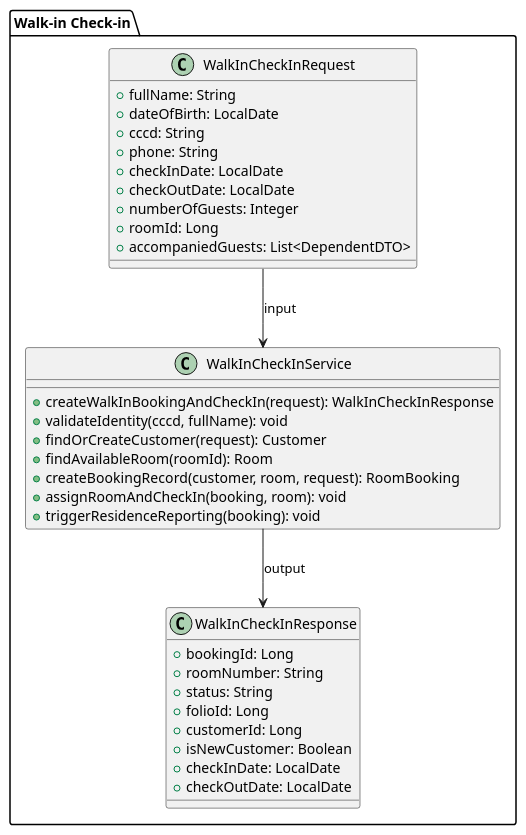
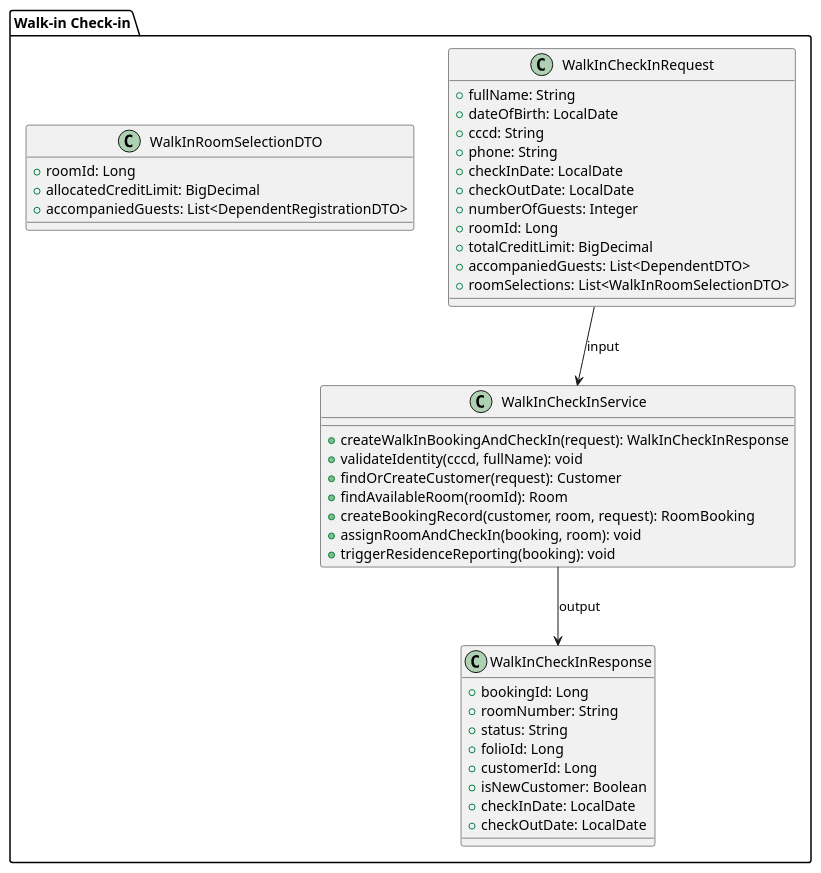
One commit to Luuxinhxinh/hoanien-resort changed the first of 6 diagrams in 06-Testing/mod2_booking/uc14/EDS_UC14_SPEC.md. Above: the diagram before and after it, drawn with PlantUML. The commit also changed other lines of this file and 30 other files, not shown here.

````diff
--- a/06-Testing/mod2_booking/uc14/EDS_UC14_SPEC.md
+++ b/06-Testing/mod2_booking/uc14/EDS_UC14_SPEC.md
@@ -237,41 +237,49 @@
 ```plantuml
 @startuml UC14-Walk-in
 package "Walk-in Check-in" {
     class WalkInCheckInRequest {
       +fullName: String
       +dateOfBirth: LocalDate
       +cccd: String
       +phone: String
       +checkInDate: LocalDate
       +checkOutDate: LocalDate
       +numberOfGuests: Integer
       +roomId: Long
+      +totalCreditLimit: BigDecimal
       +accompaniedGuests: List<DependentDTO>
+      +roomSelections: List<WalkInRoomSelectionDTO>
+    }
+  
+    class WalkInRoomSelectionDTO {
+      +roomId: Long
+      +allocatedCreditLimit: BigDecimal
+      +accompaniedGuests: List<DependentRegistrationDTO>
     }
 
     class WalkInCheckInResponse {
       +bookingId: Long
       +roomNumber: String
       +status: String
       +folioId: Long
       +customerId: Long
       +isNewCustomer: Boolean
       +checkInDate: LocalDate
       +checkOutDate: LocalDate
     }
 
     class WalkInCheckInService {
       +createWalkInBookingAndCheckIn(request): WalkInCheckInResponse
       +validateIdentity(cccd, fullName): void
       +findOrCreateCustomer(request): Customer
       +findAvailableRoom(roomId): Room
       +createBookingRecord(customer, room, request): RoomBooking
       +assignRoomAndCheckIn(booking, room): void
       +triggerResidenceReporting(booking): void
     }
 }
 
 WalkInCheckInRequest --> WalkInCheckInService : input
 WalkInCheckInService --> WalkInCheckInResponse : output
 @enduml
 ```
````
